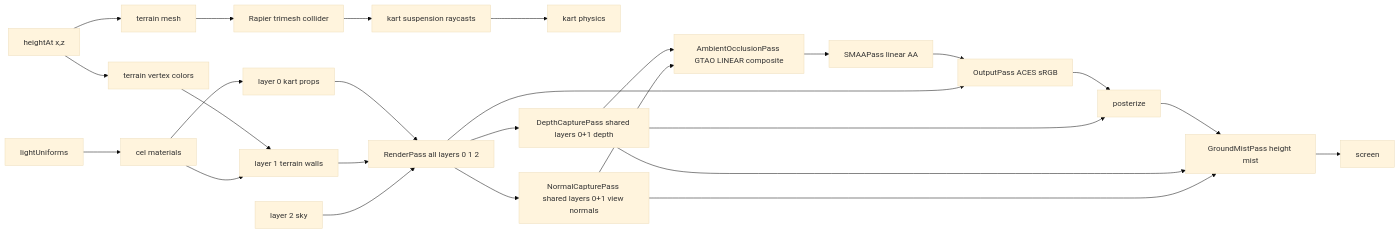
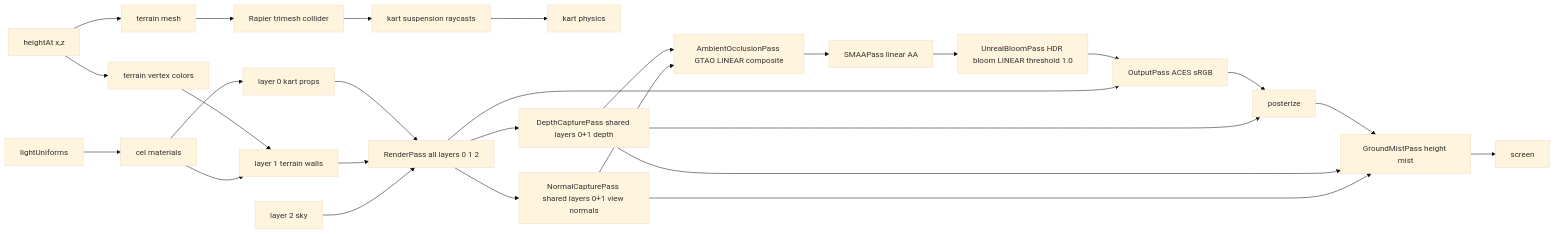
One commit to jjgroenendijk/cart-game changed the diagram in docs/knowledge/data-flows/render-pipeline.md. Above: the diagram before and after it, drawn with Mermaid (base theme). The commit also changed other lines of this file and 17 other files, not shown here.

First line of the commit message:
feat: HDR bloom pass on genuine light sources (#231) (#307)

````diff
--- a/docs/knowledge/data-flows/render-pipeline.md
+++ b/docs/knowledge/data-flows/render-pipeline.md
@@ -11,28 +11,29 @@
 ```mermaid
 flowchart LR
   height[heightAt x,z] --> mesh[terrain mesh]
   height --> color[terrain vertex colors]
   mesh --> collider[Rapier trimesh collider]
   collider --> suspension[kart suspension raycasts]
   suspension --> kart[kart physics]
   color --> layer1[layer 1 terrain walls]
   light[lightUniforms] --> cel[cel materials]
   cel --> layer0[layer 0 kart props]
   cel --> layer1
   layer0 --> renderPass[RenderPass all layers 0 1 2]
   layer1 --> renderPass
   sky[layer 2 sky] --> renderPass
   renderPass --> depthCapture[DepthCapturePass shared layers 0+1 depth]
   renderPass --> normalCapture[NormalCapturePass shared layers 0+1 view normals]
   depthCapture --> ao[AmbientOcclusionPass GTAO LINEAR composite]
   normalCapture --> ao
   ao --> smaa[SMAAPass linear AA]
-  smaa --> output[OutputPass ACES sRGB]
+  smaa --> bloom[UnrealBloomPass HDR bloom LINEAR threshold 1.0]
+  bloom --> output[OutputPass ACES sRGB]
   renderPass --> output
   output --> posterize
   depthCapture --> posterize
   posterize --> mist[GroundMistPass height mist]
   depthCapture --> mist
   normalCapture --> mist
   mist --> screen[screen]
 ```
````
